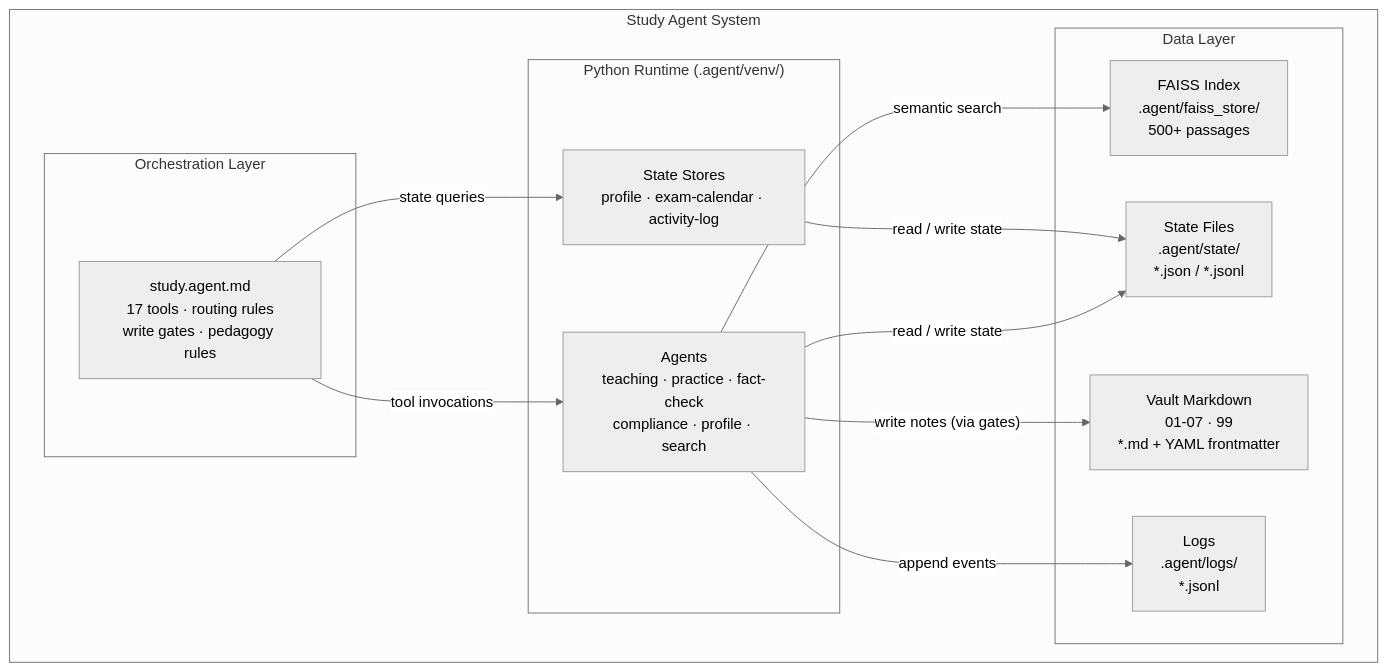
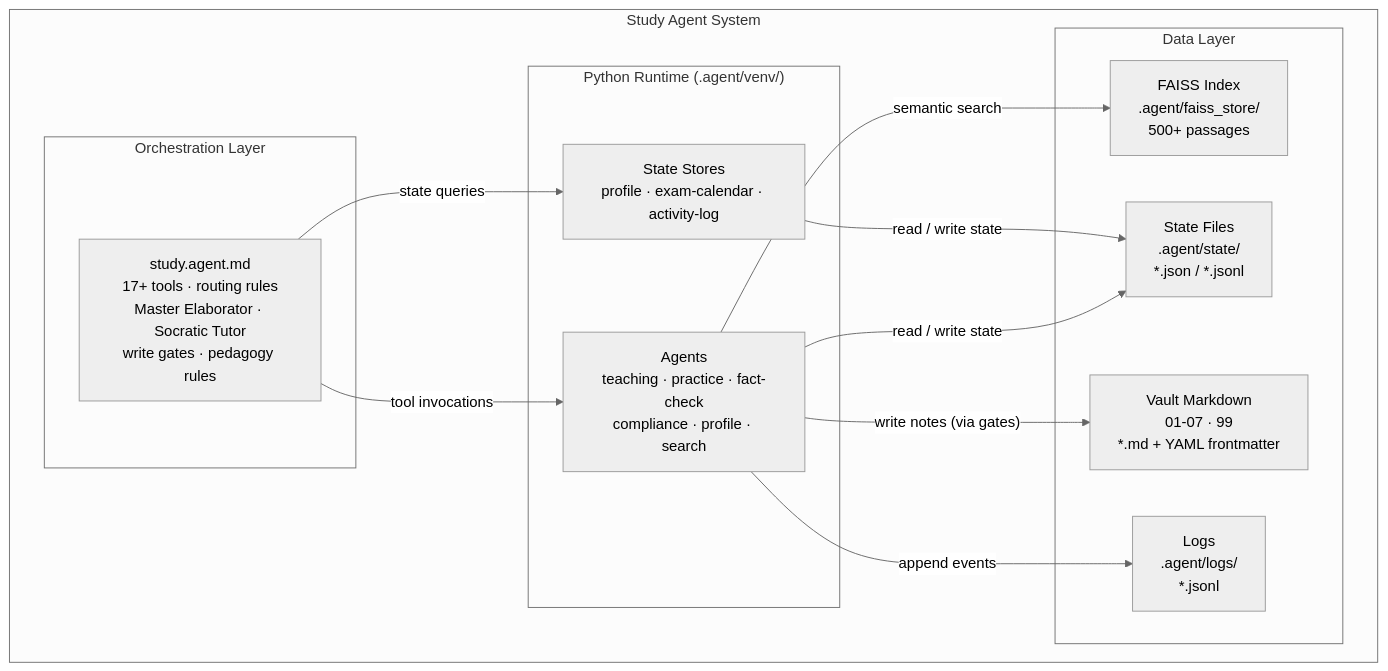
Before and after one commit to rabindranath-mishra/Study_Agent: the second of 12 diagrams in 00 - System/Agent Architecture (C4+1).md, drawn with Mermaid (neutral theme). The commit also changed other lines of this file, not shown here.

````diff
--- a/00 - System/Agent Architecture (C4+1).md
+++ b/00 - System/Agent Architecture (C4+1).md
@@ -97,28 +98,28 @@
 ```mermaid
 graph TB
     subgraph SAS["Study Agent System"]
         subgraph ORCH["Orchestration Layer"]
-            SAMD["study.agent.md<br/>17 tools · routing rules<br/>write gates · pedagogy rules"]
+            SAMD["study.agent.md<br/>17+ tools · routing rules<br/>Master Elaborator · Socratic Tutor<br/>write gates · pedagogy rules"]
         end
 
         subgraph PY["Python Runtime (.agent/venv/)"]
             Agents["Agents<br/>teaching · practice · fact-check<br/>compliance · profile · search"]
             Stores["State Stores<br/>profile · exam-calendar · activity-log"]
         end
 
         subgraph DATA["Data Layer"]
             FAISS_IDX["FAISS Index<br/>.agent/faiss_store/<br/>500+ passages"]
             STATE_F["State Files<br/>.agent/state/<br/>*.json / *.jsonl"]
             VAULT_MD["Vault Markdown<br/>01-07 · 99<br/>*.md + YAML frontmatter"]
             LOGS_F["Logs<br/>.agent/logs/<br/>*.jsonl"]
         end
     end
 
     SAMD -- "tool invocations" --> Agents
     SAMD -- "state queries" --> Stores
     Agents -- "semantic search" --> FAISS_IDX
     Agents -- "read / write state" --> STATE_F
     Stores -- "read / write state" --> STATE_F
     Agents -- "write notes (via gates)" --> VAULT_MD
     Agents -- "append events" --> LOGS_F
 ```
````
